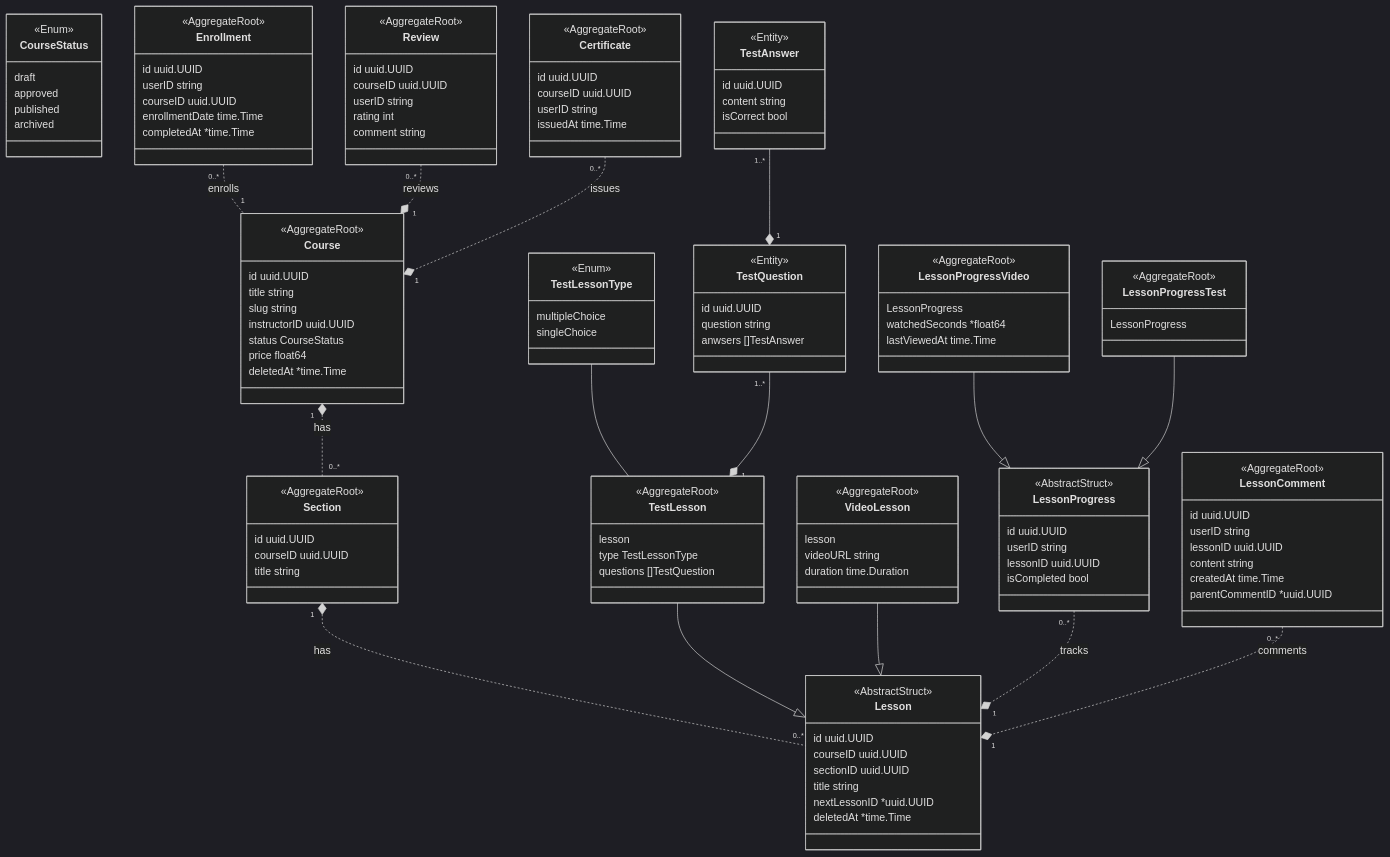
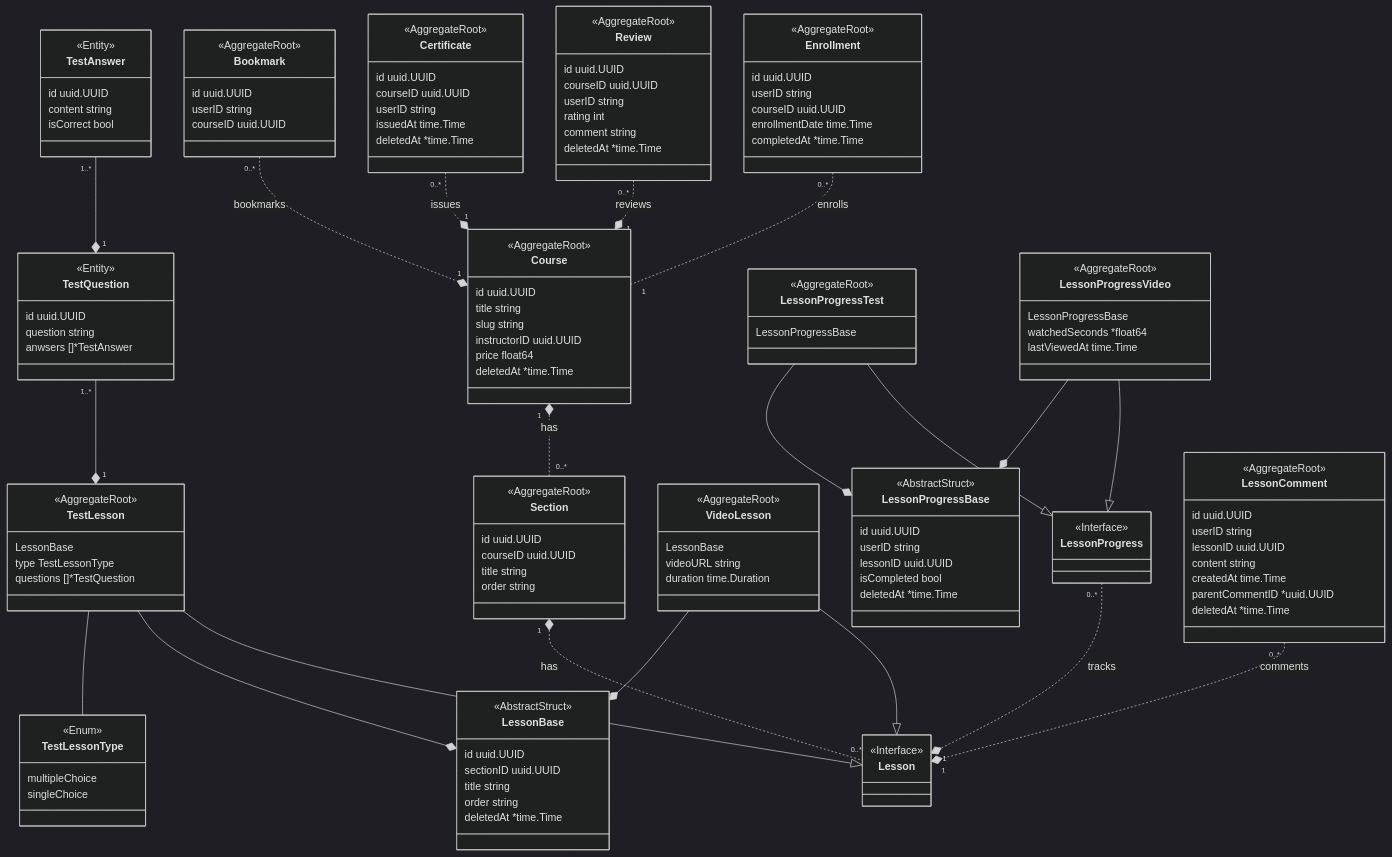
One commit to egolia-uit/egolia changed the first of 3 diagrams in docs/src/references/class-diagram.md. Above: the diagram before and after it, drawn with Mermaid (dark theme). The commit also changed 2 other files, not shown here.

Commit message:
feat(docs): class & entity

````diff
--- a/docs/src/references/class-diagram.md
+++ b/docs/src/references/class-diagram.md
@@ -16,12 +16,12 @@
 ```mermaid
 classDiagram
-    class CourseStatus {
-        <<Enum>>
-        draft
-        approved
-        published
-        archived
-    }
+    %% class CourseStatus {
+    %%     <<Enum>>
+    %%     draft
+    %%     approved
+    %%     published
+    %%     archived
+    %% }
 
     class Course {
         <<AggregateRoot>>
@@ -29,7 +29,7 @@
         title string
         slug string
         instructorID uuid.UUID
-        status CourseStatus
+        %% status CourseStatus
         price float64
         deletedAt *time.Time
     }
@@ -39,30 +39,40 @@
         id uuid.UUID
         courseID uuid.UUID
         title string
+        order string
     }
 
     class Lesson {
+        <<Interface>>
+    }
+
+    class LessonBase {
         <<AbstractStruct>>
         id uuid.UUID
-        courseID uuid.UUID
         sectionID uuid.UUID
         title string
-        nextLessonID *uuid.UUID
+        order string
         deletedAt *time.Time
+    }
+
+    class TestLessonType {
+        <<Enum>>
+        multipleChoice
+        singleChoice
     }
 
     class TestLesson {
         <<AggregateRoot>>
-        lesson
+        LessonBase
         type TestLessonType
-        questions []TestQuestion
+        questions []*TestQuestion
     }
 
     class TestQuestion {
         <<Entity>>
         id uuid.UUID
         question string
-        anwsers []TestAnswer
+        anwsers []*TestAnswer
     }
 
     class TestAnswer {
@@ -72,15 +82,9 @@
         isCorrect bool
     }
 
-    class TestLessonType {
-        <<Enum>>
-        multipleChoice
-        singleChoice
-    }
-
     class VideoLesson {
         <<AggregateRoot>>
-        lesson
+        LessonBase
         videoURL string
         duration time.Duration
     }
@@ -95,21 +99,26 @@
     }
 
     class LessonProgress {
+        <<Interface>>
+    }
+
+    class LessonProgressBase {
         <<AbstractStruct>>
         id uuid.UUID
         userID string
         lessonID uuid.UUID
         isCompleted bool
+        deletedAt *time.Time
     }
 
     class LessonProgressTest {
         <<AggregateRoot>>
-        LessonProgress
+        LessonProgressBase
     }
 
     class LessonProgressVideo {
         <<AggregateRoot>>
-        LessonProgress
+        LessonProgressBase
         watchedSeconds *float64
         lastViewedAt time.Time
     }
@@ -122,6 +131,7 @@
         content string
         createdAt time.Time
         parentCommentID *uuid.UUID
+        deletedAt *time.Time
     }
 
     class Review {
@@ -131,6 +141,7 @@
         userID string
         rating int
         comment string
+        deletedAt *time.Time
     }
 
     class Certificate {
@@ -139,20 +150,33 @@
         courseID uuid.UUID
         userID string
         issuedAt time.Time
+        deletedAt *time.Time
+    }
+
+    class Bookmark {
+        <<AggregateRoot>>
+        id uuid.UUID
+        userID string
+        courseID uuid.UUID
     }
 
     Course "1" *.. "0..*" Section : has
     Section "1" *.. "0..*" Lesson : has
     TestLesson --|> Lesson
     VideoLesson --|> Lesson
-    TestLessonType -- TestLesson
+    TestLesson --* LessonBase
+    VideoLesson --* LessonBase
+    TestLesson -- TestLessonType
     TestQuestion "1..*" --* "1" TestLesson
     TestAnswer "1..*" --* "1" TestQuestion
     Enrollment "0..*" .. "1" Course : enrolls
     LessonProgressVideo --|> LessonProgress
+    LessonProgressVideo --* LessonProgressBase
     LessonProgressTest --|> LessonProgress
+    LessonProgressTest --* LessonProgressBase
     LessonProgress "0..*" ..* "1" Lesson : tracks
     Review "0..*" ..* "1" Course : reviews
     LessonComment "0..*" ..* "1" Lesson : comments
     Certificate "0..*" ..* "1" Course : issues
+    Bookmark "0..*" ..* "1" Course : bookmarks
 ```
````
